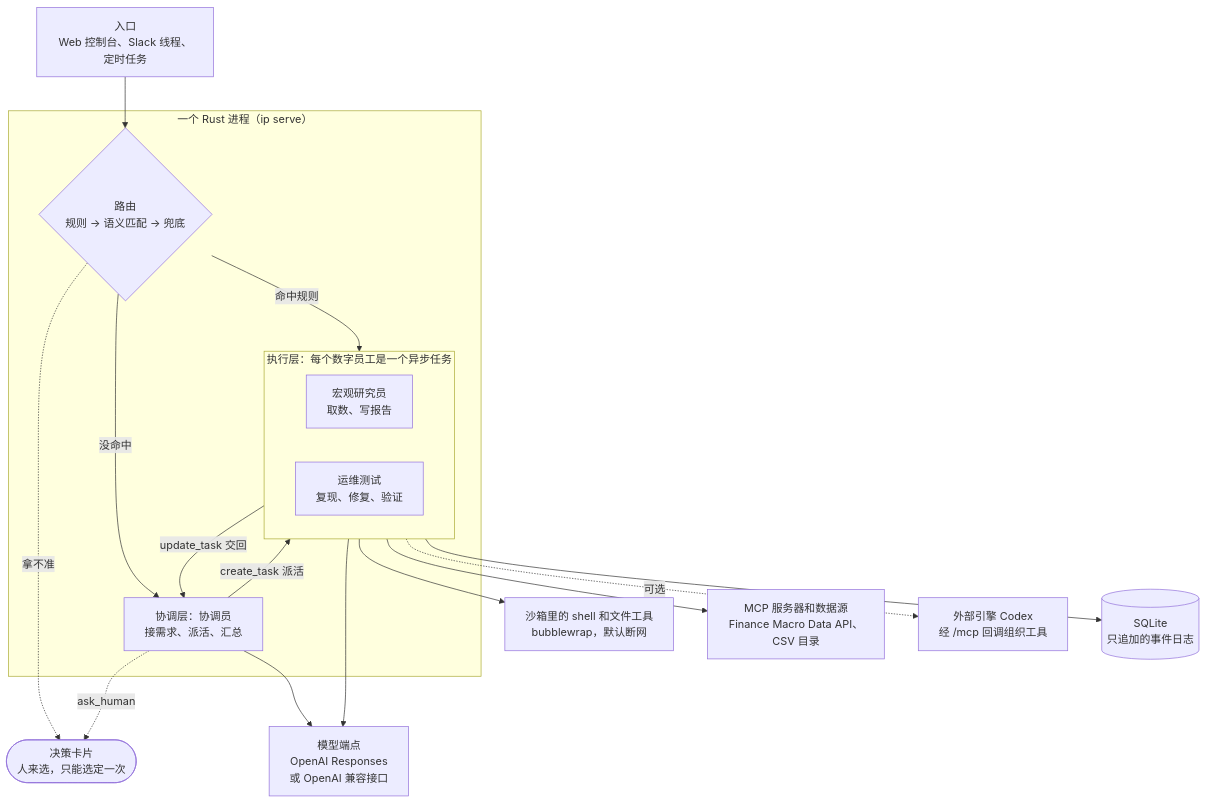
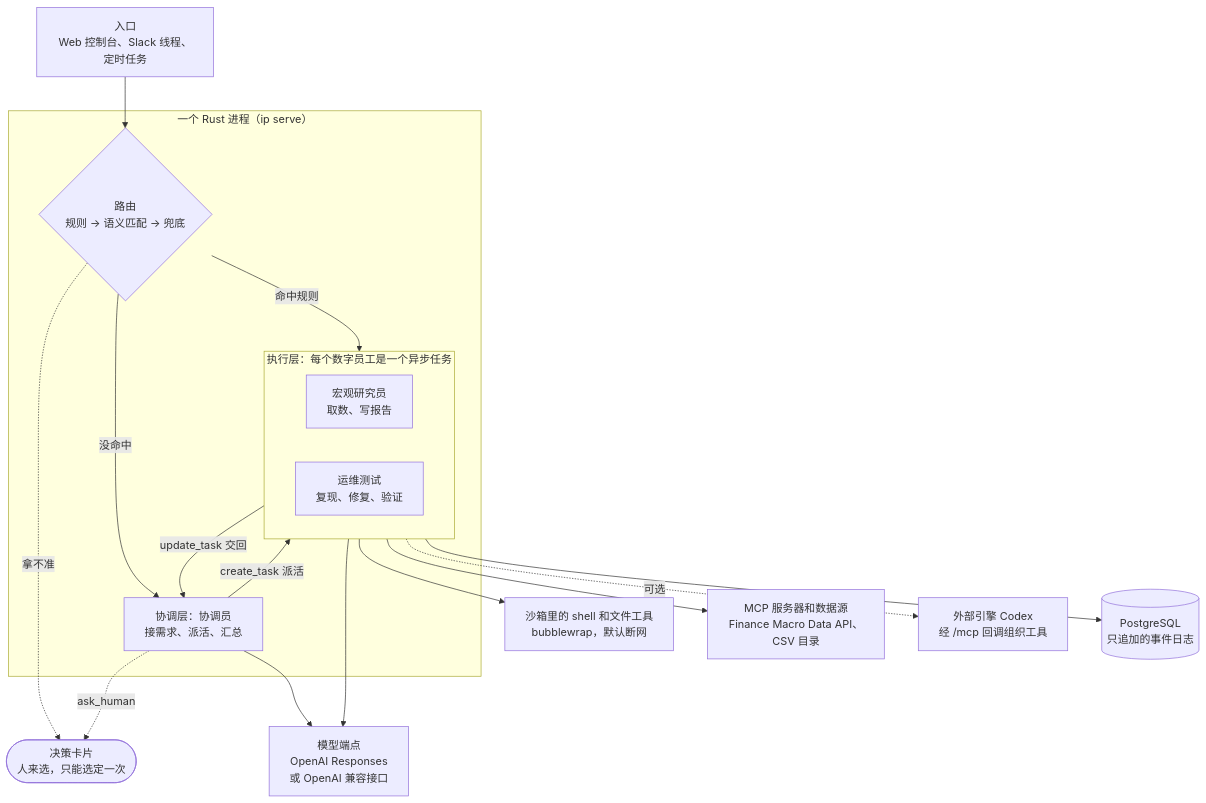
Before and after one commit to GgMacroFinance-dotcom/Intelligent-Position-release: the diagram in README.md, drawn with Mermaid. The commit also changed 38 other files, not shown here.

First line of the commit message:
ip-store 换成 PostgreSQL（backlog D-6 第 2 步）

````diff
--- a/README.md
+++ b/README.md
@@ -31,35 +31,35 @@
 ```mermaid
 flowchart TB
     entry["入口<br/>Web 控制台、Slack 线程、定时任务"]
     card(["决策卡片<br/>人来选，只能选定一次"])
 
     subgraph ip["一个 Rust 进程（ip serve）"]
         router{"路由<br/>规则 → 语义匹配 → 兜底"}
         coord["协调层：协调员<br/>接需求、派活、汇总"]
         subgraph exec["执行层：每个数字员工是一个异步任务"]
             direction LR
             macro["宏观研究员<br/>取数、写报告"]
             ops["运维测试<br/>复现、修复、验证"]
         end
     end
 
     models["模型端点<br/>OpenAI Responses<br/>或 OpenAI 兼容接口"]
     tools["沙箱里的 shell 和文件工具<br/>bubblewrap，默认断网"]
     data["MCP 服务器和数据源<br/>Finance Macro Data API、CSV 目录"]
     codex["外部引擎 Codex<br/>经 /mcp 回调组织工具"]
-    store[("SQLite<br/>只追加的事件日志")]
+    store[("PostgreSQL<br/>只追加的事件日志")]
 
     entry --> router
     router -- "命中规则" --> exec
     router -- "没命中" --> coord
     router -. "拿不准" .-> card
     coord -. "ask_human" .-> card
     coord -- "create_task 派活" --> exec
     exec -- "update_task 交回" --> coord
     coord --> models
     exec --> models
     exec --> tools
     macro --> data
     ops -. "可选" .-> codex
     exec --> store
 ```
````
